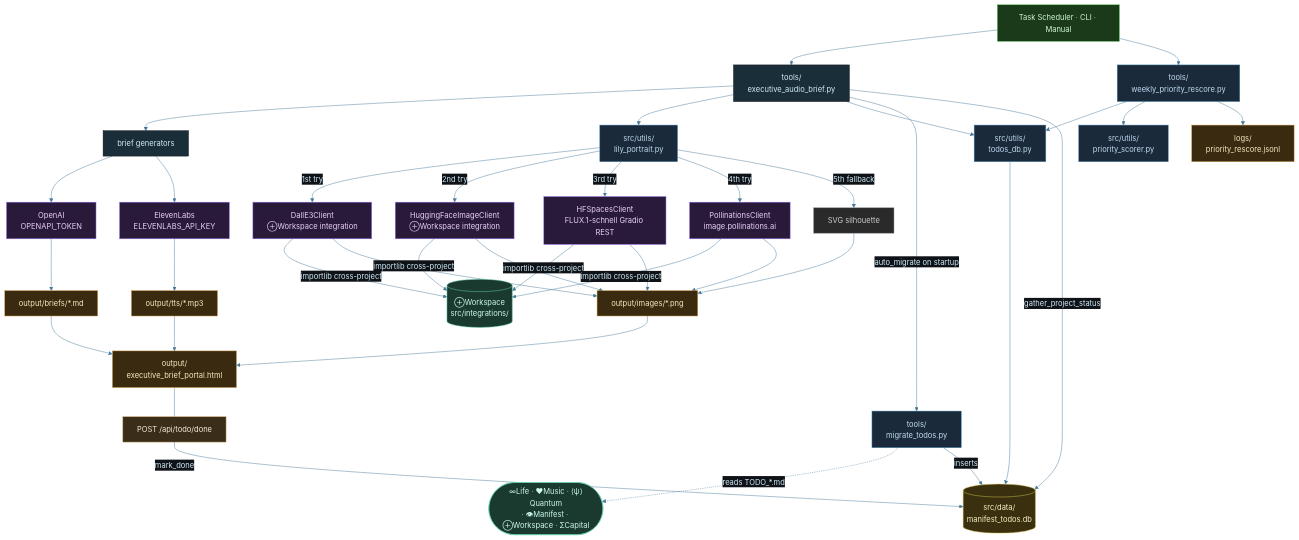
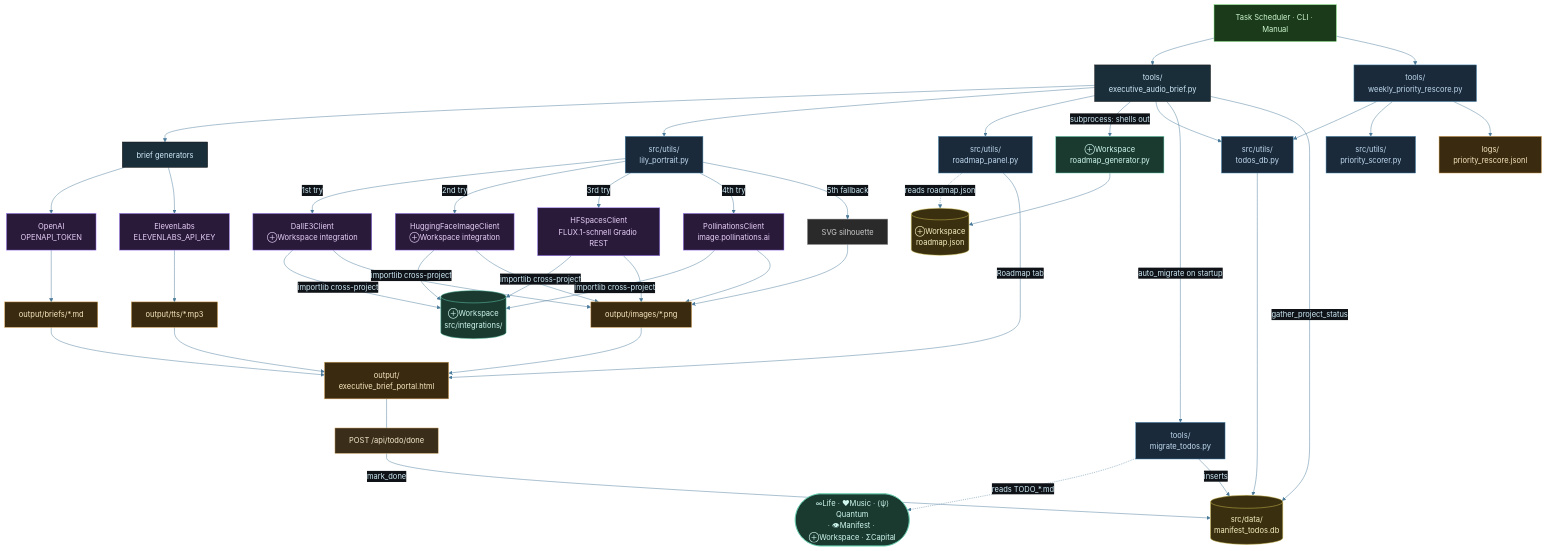
One commit to tylerdrakemusic/-Workspace changed the diagram in diagrams/manifest-architecture.mmd. Above: the diagram before and after it, drawn with Mermaid. The commit also changed 5 other files, not shown here.

First line of the commit message:
BFX-20260701-roadmap-tab-follow-up: Roadmap tab follow-up fixes (#237)

```diff
--- a/diagrams/manifest-architecture.mmd
+++ b/diagrams/manifest-architecture.mmd
@@ -1,76 +1,87 @@
 %%{init: {'theme': 'base', 'themeVariables': {'primaryColor': '#1a2e3a', 'primaryTextColor': '#d0ecf8', 'edgeLabelBackground': '#0f1318', 'lineColor': '#4a7a9a'}}}%%
 graph TB
     Triggers[Task Scheduler · CLI · Manual] --> Tools[tools/<br/>executive_audio_brief.py]
     Tools --> Briefs[brief generators]
     Tools --> LilyPortrait[src/utils/<br/>lily_portrait.py]
+    Tools --> RoadmapPanel[src/utils/<br/>roadmap_panel.py]
     Briefs --> OpenAI[OpenAI<br/>OPENAPI_TOKEN]
     Briefs --> ElevenLabs[ElevenLabs<br/>ELEVENLABS_API_KEY]
     LilyPortrait -->|1st try| DallE3[DallE3Client<br/>⊕Workspace integration]
     LilyPortrait -->|2nd try| HFImage[HuggingFaceImageClient<br/>⊕Workspace integration]
     LilyPortrait -->|3rd try| HFSpaces[HFSpacesClient<br/>FLUX.1-schnell Gradio REST]
     LilyPortrait -->|4th try| Pollinations[PollinationsClient<br/>image.pollinations.ai]
     LilyPortrait -->|5th fallback| SVGFallback[SVG silhouette]
     DallE3 -->|importlib cross-project| WSIntegrations[(⊕Workspace<br/>src/integrations/)]
     HFImage -->|importlib cross-project| WSIntegrations
     HFSpaces -->|importlib cross-project| WSIntegrations
     Pollinations -->|importlib cross-project| WSIntegrations
     DallE3 --> ImagesOut[output/images/*.png]
     HFImage --> ImagesOut
     HFSpaces --> ImagesOut
     Pollinations --> ImagesOut
     SVGFallback --> ImagesOut
     ImagesOut --> Portal[output/<br/>executive_brief_portal.html]
     OpenAI --> TextOut[output/briefs/*.md]
     ElevenLabs --> AudioOut[output/tts/*.mp3]
     TextOut --> Portal
     AudioOut --> Portal
+    %% FR-20260630-cross-project-roadmap-generator
+    RoadmapGen[⊕Workspace<br/>roadmap_generator.py]
+    RoadmapJSON[(⊕Workspace<br/>roadmap.json)]:::db
+    Tools -->|subprocess: shells out| RoadmapGen
+    RoadmapGen --> RoadmapJSON
+    RoadmapPanel -.->|reads roadmap.json| RoadmapJSON
+    RoadmapPanel -->|Roadmap tab| Portal
     %% PR#12 – todos DB
     TodosUtil[src/utils/<br/>todos_db.py]
     TodosDB[(src/data/<br/>manifest_todos.db)]
     MigrateScript[tools/<br/>migrate_todos.py]
     AllProjects([∞Life · ❤Music · ⟨ψ⟩Quantum<br/>· 👁Manifest · ⊕Workspace · ΣCapital])
     TodoDoneAPI[POST /api/todo/done]
     Tools --> TodosUtil
     TodosUtil --> TodosDB
     MigrateScript -.->|reads TODO_*.md| AllProjects
     MigrateScript -->|inserts| TodosDB
     Tools -->|auto_migrate on startup| MigrateScript
     Tools -->|gather_project_status| TodosDB
     Portal --- TodoDoneAPI
     TodoDoneAPI -->|mark_done| TodosDB
     %% FR-20260524 – priority auto-rescorer
     RescorerTool[tools/<br/>weekly_priority_rescore.py]
     PriorityScorer[src/utils/<br/>priority_scorer.py]
     RescorerLog[logs/<br/>priority_rescore.jsonl]
     Triggers --> RescorerTool
     RescorerTool --> TodosUtil
     RescorerTool --> PriorityScorer
     RescorerTool --> RescorerLog
     class TodosDB db
     class TodosUtil,MigrateScript util
     class AllProjects ws
     class TodoDoneAPI manifest
     class Triggers trig
     class OpenAI,ElevenLabs,DallE3,HFImage,HFSpaces,Pollinations api
     class TextOut,AudioOut,Portal,ImagesOut out
     class WSIntegrations ws
     class LilyPortrait util
     class SVGFallback fallback
     class RescorerTool util
     class PriorityScorer util
     class RescorerLog out
+    class RoadmapPanel util
+    class RoadmapJSON db
+    class RoadmapGen ws
 
 classDef life     fill:#1a2e3a,stroke:#6ab4d4,color:#d0ecf8
 classDef music    fill:#3a1a24,stroke:#d47a8f,color:#f8d0dc
 classDef quantum  fill:#251a3a,stroke:#a07adf,color:#e8d0f8
 classDef manifest fill:#3a2e1a,stroke:#d4a96a,color:#f8ead0
 classDef ws       fill:#1a3a30,stroke:#6ad4b4,color:#d0f8ee
 classDef tyler    fill:#2a1a3a,stroke:#9e4aff,color:#fff
 classDef ext      fill:#3a2020,stroke:#ff7a7a,color:#ffd0d0
 classDef db       fill:#3a3010,stroke:#d4c050,color:#f8f0c0
 classDef state    fill:#1a1a1a,stroke:#888888,color:#cccccc
 classDef api      fill:#2a1a3a,stroke:#9e7aff,color:#e8d0f8
 classDef trig     fill:#1a3a1a,stroke:#6ad46a,color:#d0f8d0
 classDef out      fill:#3a2a10,stroke:#d4a050,color:#f8e8c0
 classDef util     fill:#1a2a3a,stroke:#4a8ab4,color:#c0daf0
 classDef fallback fill:#2a2a2a,stroke:#888888,color:#cccccc
```
